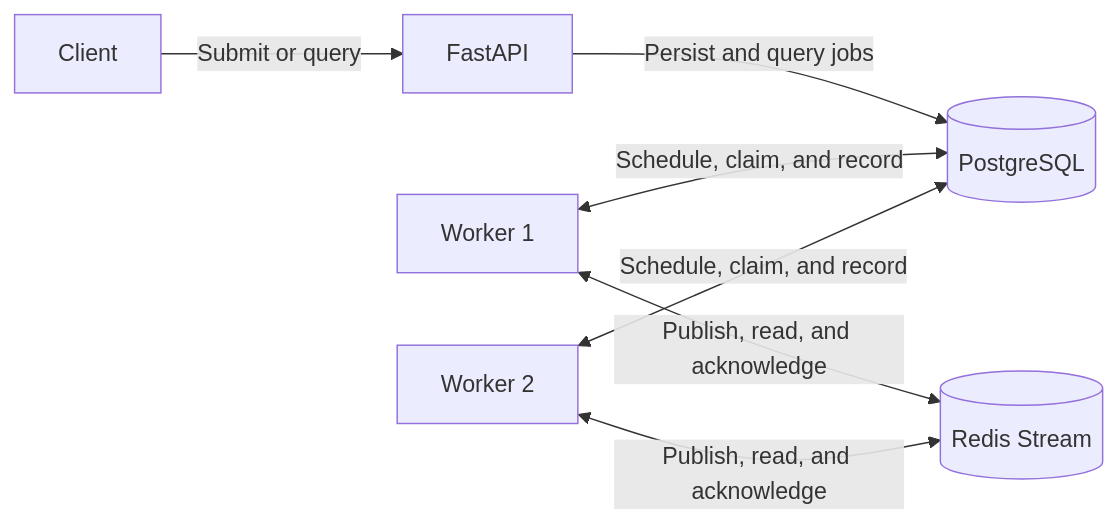
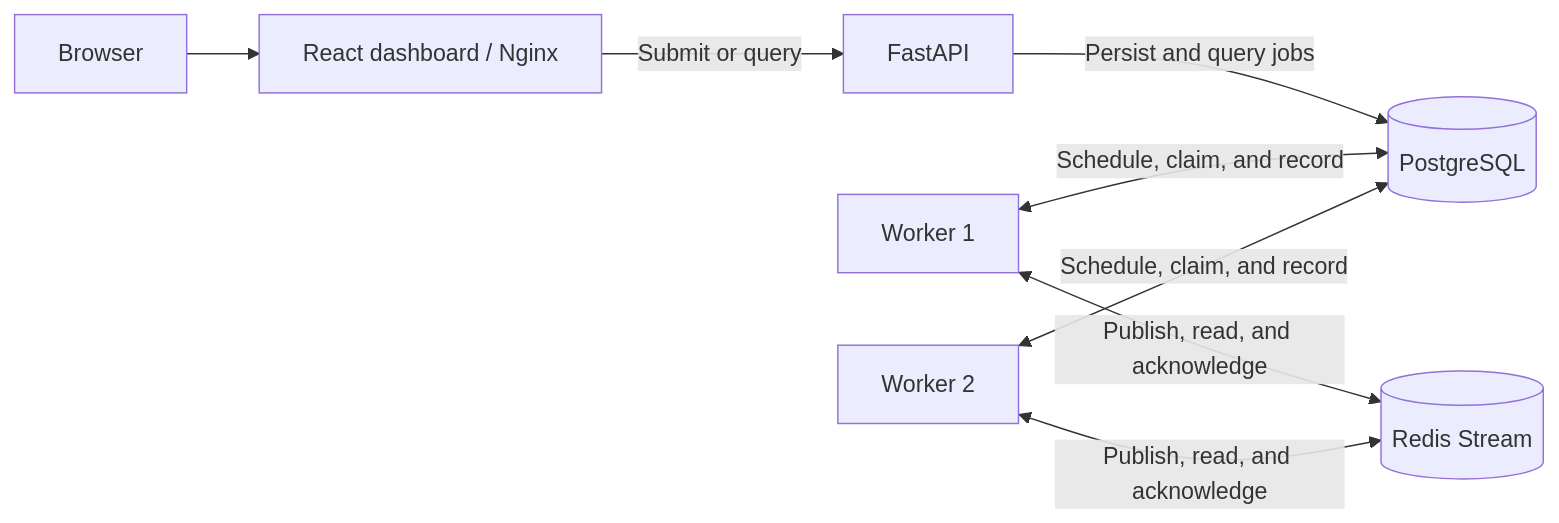
Before and after one commit to ilyashussaini/distributed-task-processing-system: the diagram in README.md, drawn with Mermaid. The commit also changed other lines of this file and 40 other files, not shown here.

````diff
--- a/README.md
+++ b/README.md
@@ -48,9 +70,10 @@
 ```mermaid
 flowchart LR
-    Client -->|Submit or query| API[FastAPI]
+    Browser --> Dashboard[React dashboard / Nginx]
+    Dashboard -->|Submit or query| API[FastAPI]
     API -->|Persist and query jobs| DB[(PostgreSQL)]
     W1[Worker 1] <-->|Schedule, claim, and record| DB
     W2[Worker 2] <-->|Schedule, claim, and record| DB
     W1 <-->|Publish, read, and acknowledge| Stream[(Redis Stream)]
     W2 <-->|Publish, read, and acknowledge| Stream
 ```
````
